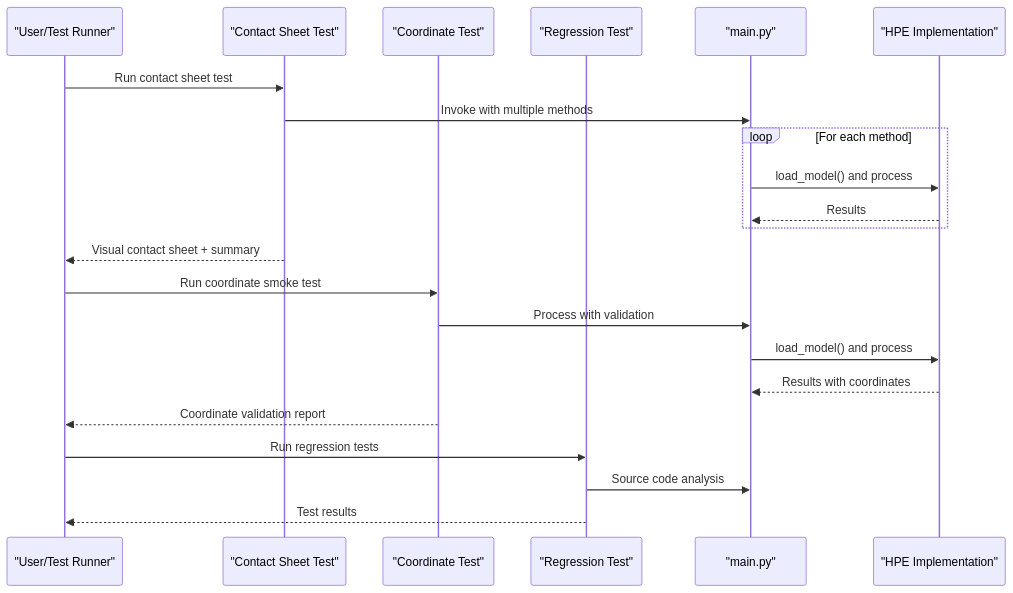
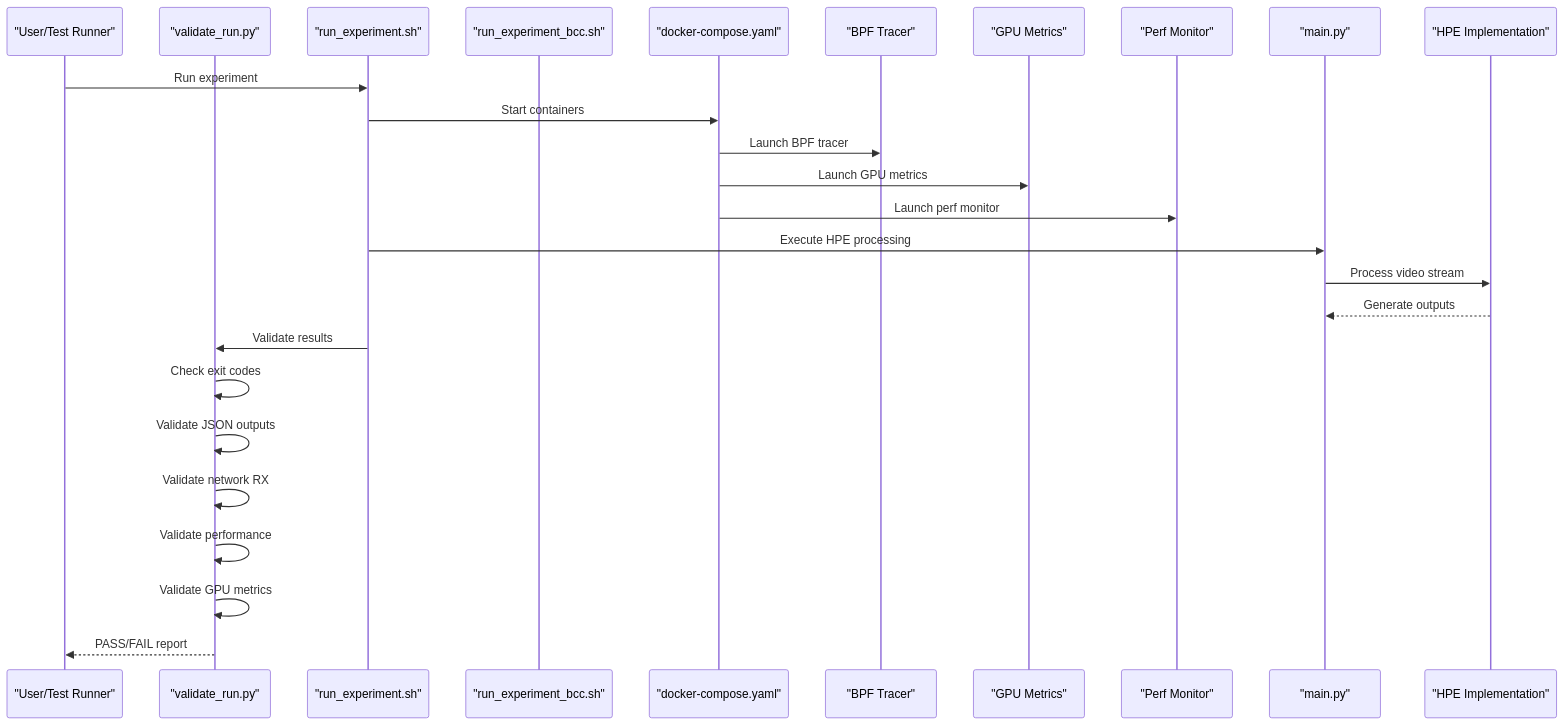
One commit to Fogus-Gr/MeasurementsDTs changed the second of 6 diagrams in .qoder/repowiki/en/content/Development Tools/Testing and Validation.md. Above: the diagram before and after it, drawn with Mermaid. The commit also changed other lines of this file and 11 other files, not shown here.

````diff
--- a/.qoder/repowiki/en/content/Development Tools/Testing and Validation.md
+++ b/.qoder/repowiki/en/content/Development Tools/Testing and Validation.md
@@ -152,24 +202,28 @@
 ```mermaid
 sequenceDiagram
 participant User as "User/Test Runner"
-participant CSS as "Contact Sheet Test"
-participant CTS as "Coordinate Test"
-participant RT as "Regression Test"
+participant VR as "validate_run.py"
+participant RE as "run_experiment.sh"
+participant REB as "run_experiment_bcc.sh"
+participant DC as "docker-compose.yaml"
+participant BT as "BPF Tracer"
+participant GM as "GPU Metrics"
+participant PM as "Perf Monitor"
 participant Main as "main.py"
 participant Impl as "HPE Implementation"
-User->>CSS : Run contact sheet test
-CSS->>Main : Invoke with multiple methods
-loop For each method
-Main->>Impl : load_model() and process
-Impl-->>Main : Results
-end
-CSS-->>User : Visual contact sheet + summary
-User->>CTS : Run coordinate smoke test
-CTS->>Main : Process with validation
-Main->>Impl : load_model() and process
-Impl-->>Main : Results with coordinates
-CTS-->>User : Coordinate validation report
-User->>RT : Run regression tests
-RT->>Main : Source code analysis
-RT-->>User : Test results
+User->>RE : Run experiment
+RE->>DC : Start containers
+DC->>BT : Launch BPF tracer
+DC->>GM : Launch GPU metrics
+DC->>PM : Launch perf monitor
+RE->>Main : Execute HPE processing
+Main->>Impl : Process video stream
+Impl-->>Main : Generate outputs
+RE->>VR : Validate results
+VR->>VR : Check exit codes
+VR->>VR : Validate JSON outputs
+VR->>VR : Validate network RX
+VR->>VR : Validate performance
+VR->>VR : Validate GPU metrics
+VR-->>User : PASS/FAIL report
 ```
````
